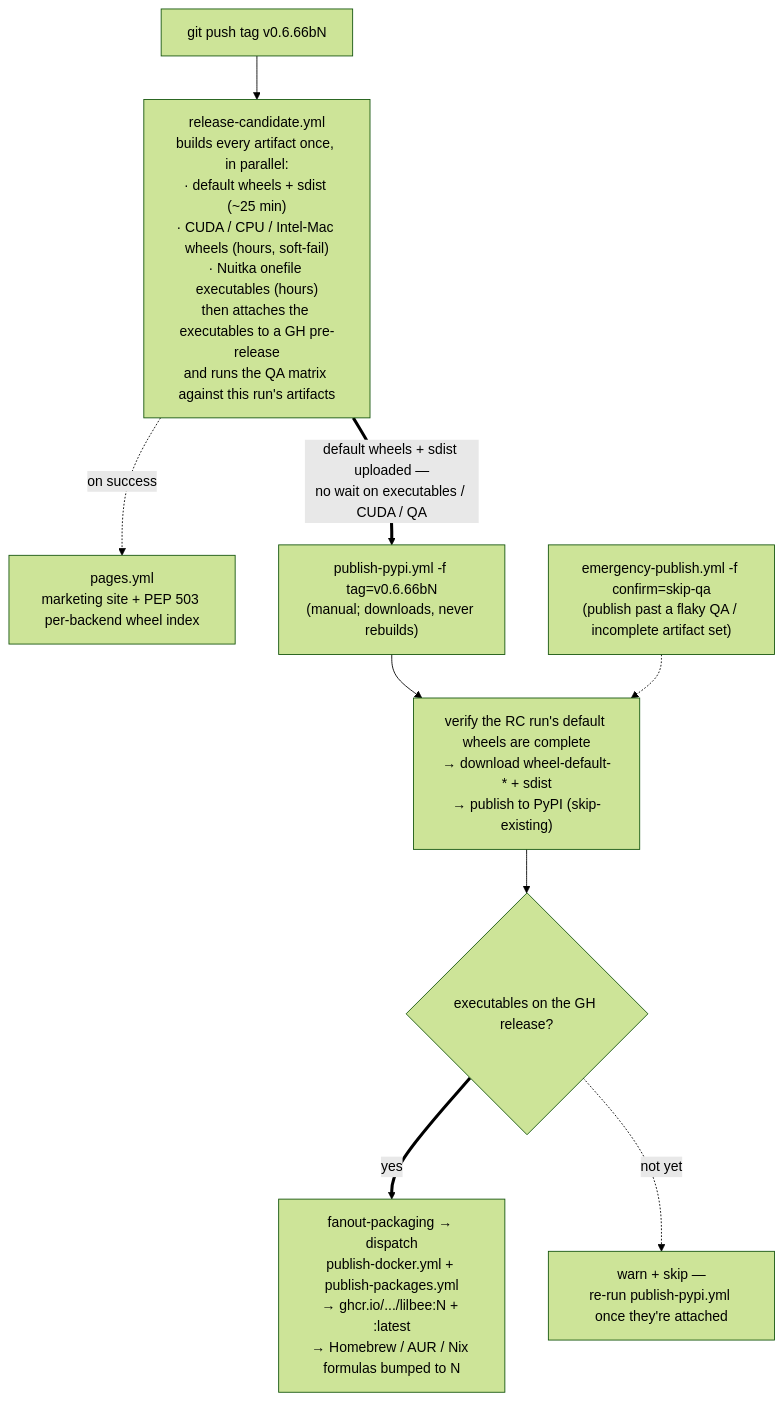
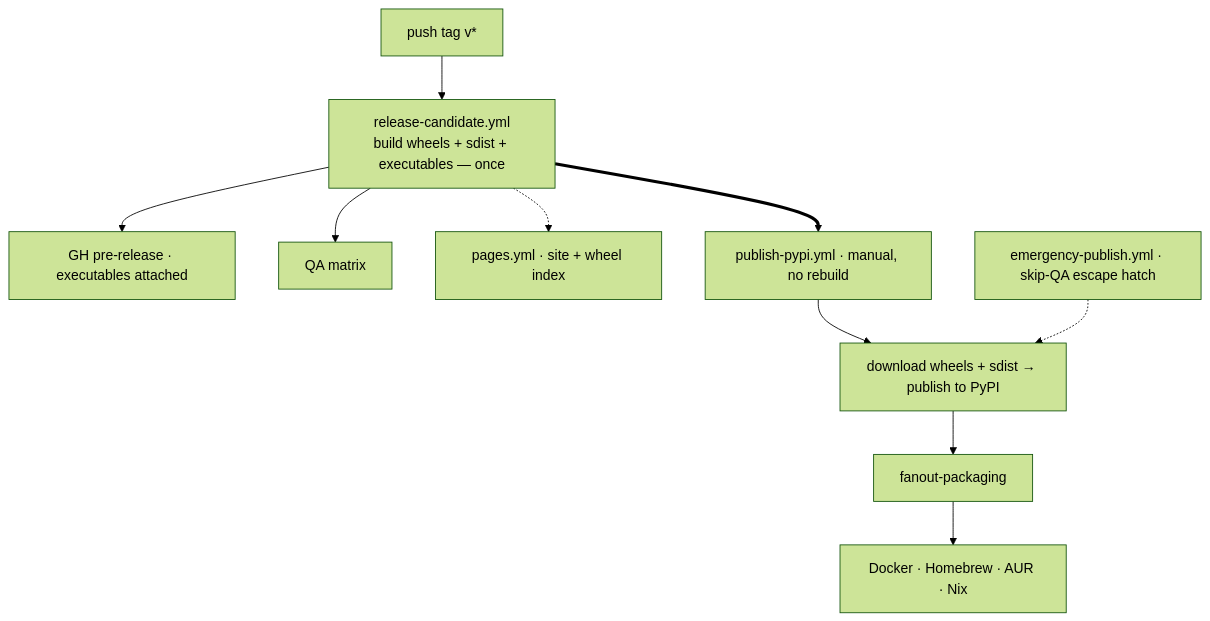
The sixth of 6 diagrams in docs/architecture.md (tobocop2/lilbee), drawn with Mermaid (forest theme) before and after one commit. The commit also changed other lines of this file, not shown here.

Commit message:
docs: simplify the release-pipeline diagram (short one-line nodes)

````diff
--- a/docs/architecture.md
+++ b/docs/architecture.md
@@ -577,12 +577,12 @@
 ```mermaid
 flowchart TB
-    A["git push tag v0.6.66bN"]
-    A --> B["release-candidate.yml<br/>builds every artifact once, in parallel:<br/>· default wheels + sdist (~25 min)<br/>· CUDA / CPU / Intel-Mac wheels (hours, soft-fail)<br/>· Nuitka onefile executables (hours)<br/>then attaches the executables to a GH pre-release<br/>and runs the QA matrix against this run's artifacts"]
-    B -.->|on success| C["pages.yml<br/>marketing site + PEP 503 per-backend wheel index"]
-    B ==>|"default wheels + sdist uploaded —<br/>no wait on executables / CUDA / QA"| D["publish-pypi.yml -f tag=v0.6.66bN<br/>(manual; downloads, never rebuilds)"]
-    D --> E["verify the RC run's default wheels are complete<br/>→ download wheel-default-* + sdist<br/>→ publish to PyPI (skip-existing)"]
-    E --> F{"executables on the GH release?"}
-    F ==>|yes| G["fanout-packaging → dispatch<br/>publish-docker.yml + publish-packages.yml<br/>→ ghcr.io/.../lilbee:N + :latest<br/>→ Homebrew / AUR / Nix formulas bumped to N"]
-    F -.->|not yet| H["warn + skip —<br/>re-run publish-pypi.yml once they're attached"]
-    I["emergency-publish.yml -f confirm=skip-qa<br/>(publish past a flaky QA / incomplete artifact set)"] -.-> E
+    TAG["push tag v*"] --> RC["release-candidate.yml<br/>build wheels + sdist + executables — once"]
+    RC --> PRE["GH pre-release · executables attached"]
+    RC --> QA["QA matrix"]
+    RC -.-> PAGES["pages.yml · site + wheel index"]
+    RC ==> PUB["publish-pypi.yml · manual, no rebuild"]
+    PUB --> PYPI["download wheels + sdist → publish to PyPI"]
+    PYPI --> FAN["fanout-packaging"]
+    FAN --> PKG["Docker · Homebrew · AUR · Nix"]
+    EMG["emergency-publish.yml · skip-QA escape hatch"] -.-> PYPI
 ```
````
